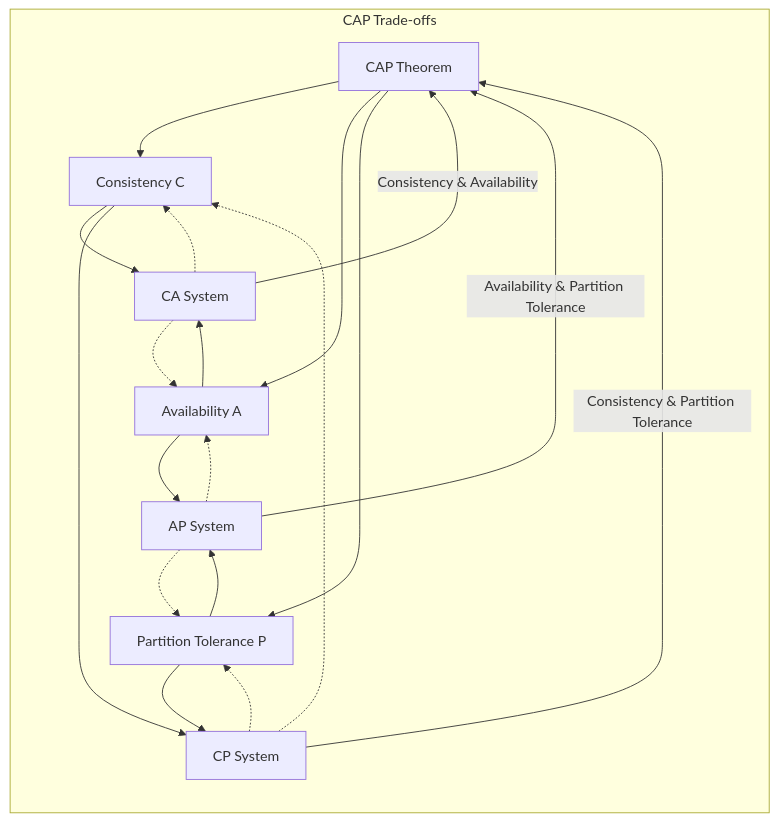
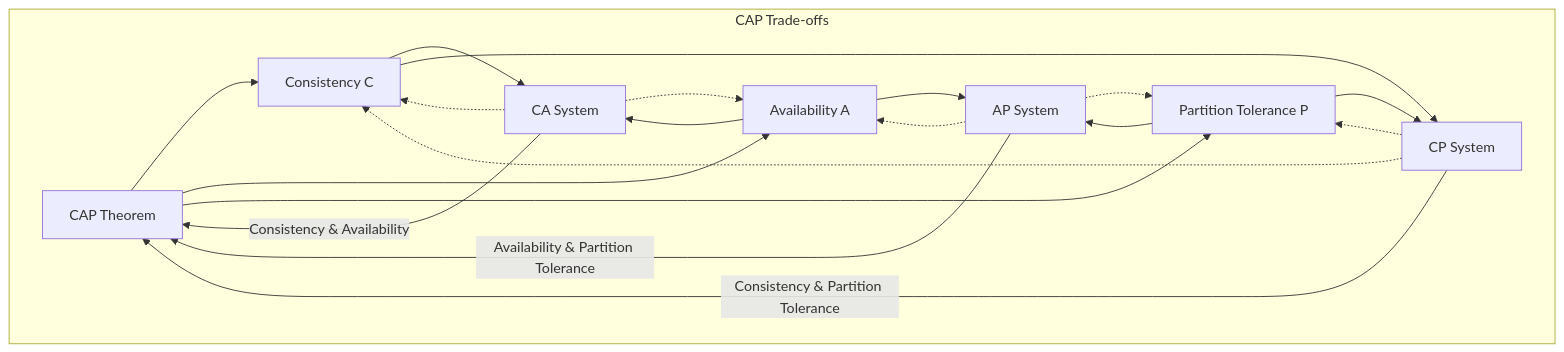
The diagram in System-Design/CAP theorem.md (uwspstar/From-Zero-to-Hero), drawn with Mermaid before and after one commit.

Commit message:
Update CAP theorem.md

````diff
--- a/System-Design/CAP theorem.md
+++ b/System-Design/CAP theorem.md
@@ -9,26 +9,25 @@
 ```mermaid
 flowchart
     CAP[CAP Theorem] --> Consistency[Consistency C]
     CAP --> Availability[Availability A]
     CAP --> PartitionTolerance[Partition Tolerance P]
 
     subgraph TradeOffs[CAP Trade-offs]
-        direction TD
         CA[CA System] -->|Consistency & Availability| CAP
         CA -.-> Consistency
         CA -.-> Availability
         CP[CP System] -->|Consistency & Partition Tolerance| CAP
         CP -.-> Consistency
         CP -.-> PartitionTolerance
         AP[AP System] -->|Availability & Partition Tolerance| CAP
         AP -.-> Availability
         AP -.-> PartitionTolerance
     end
 
     Consistency --> CA
     Consistency --> CP
     Availability --> CA
     Availability --> AP
     PartitionTolerance --> CP
     PartitionTolerance --> AP
 ```
````
